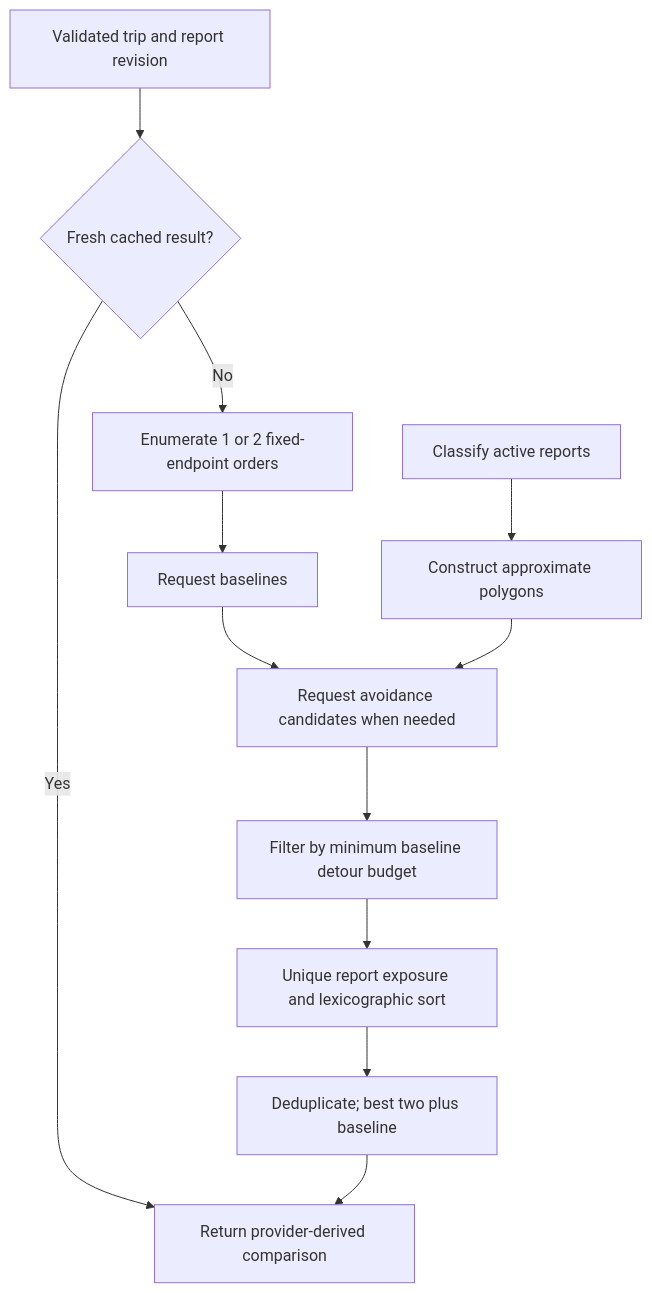
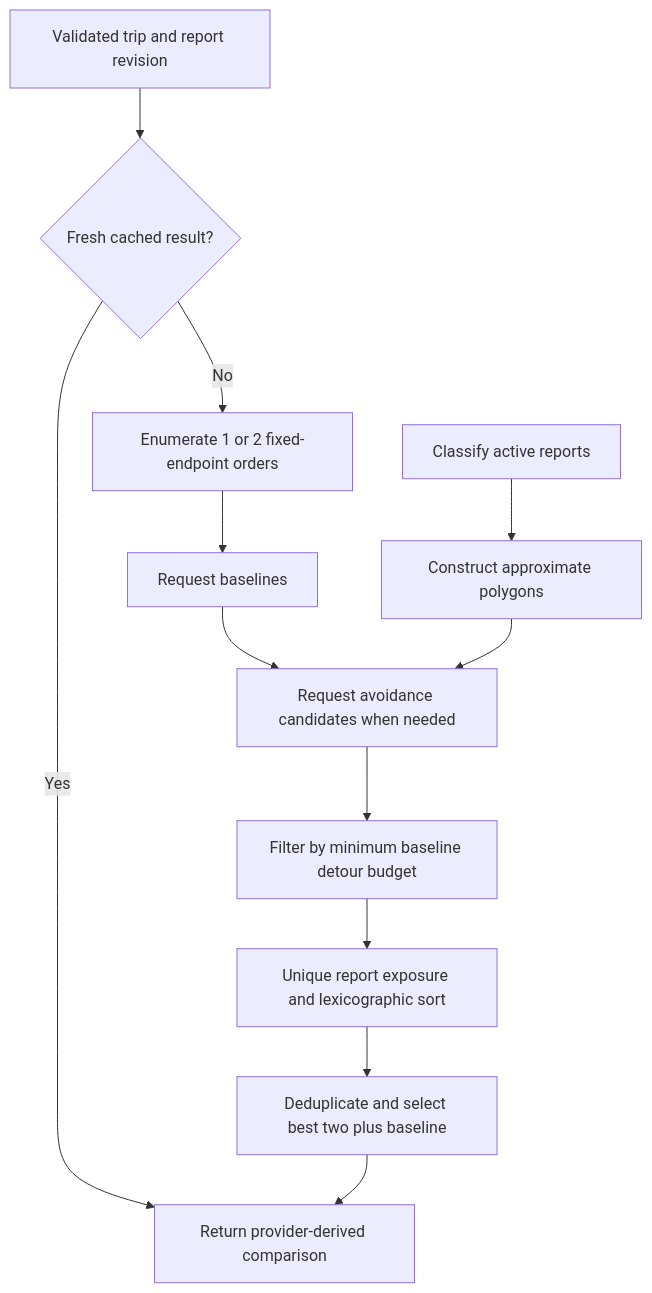
One commit to aditya-raj9125/PaaniPath changed the first of 2 diagrams in docs/ALGORITHMS.md. Above: the diagram before and after it, drawn with Mermaid. The commit also changed other lines of this file and 2 other files, not shown here.

Commit message:
fix(docs): correct Mermaid diagram syntax

````diff
--- a/docs/ALGORITHMS.md
+++ b/docs/ALGORITHMS.md
@@ -70,14 +70,14 @@
 ```mermaid
 flowchart TD
   Input[Validated trip and report revision] --> Cache{Fresh cached result?}
   Cache -->|Yes| Return[Return provider-derived comparison]
   Cache -->|No| Orders[Enumerate 1 or 2 fixed-endpoint orders]
   Orders --> Base[Request baselines]
   Reports[Classify active reports] --> Avoid[Construct approximate polygons]
   Base --> Detours[Request avoidance candidates when needed]
   Avoid --> Detours
   Detours --> Budget[Filter by minimum baseline detour budget]
   Budget --> Score[Unique report exposure and lexicographic sort]
-  Score --> Select[Deduplicate; best two plus baseline]
+  Score --> Select[Deduplicate and select best two plus baseline]
   Select --> Return
 ```
````
